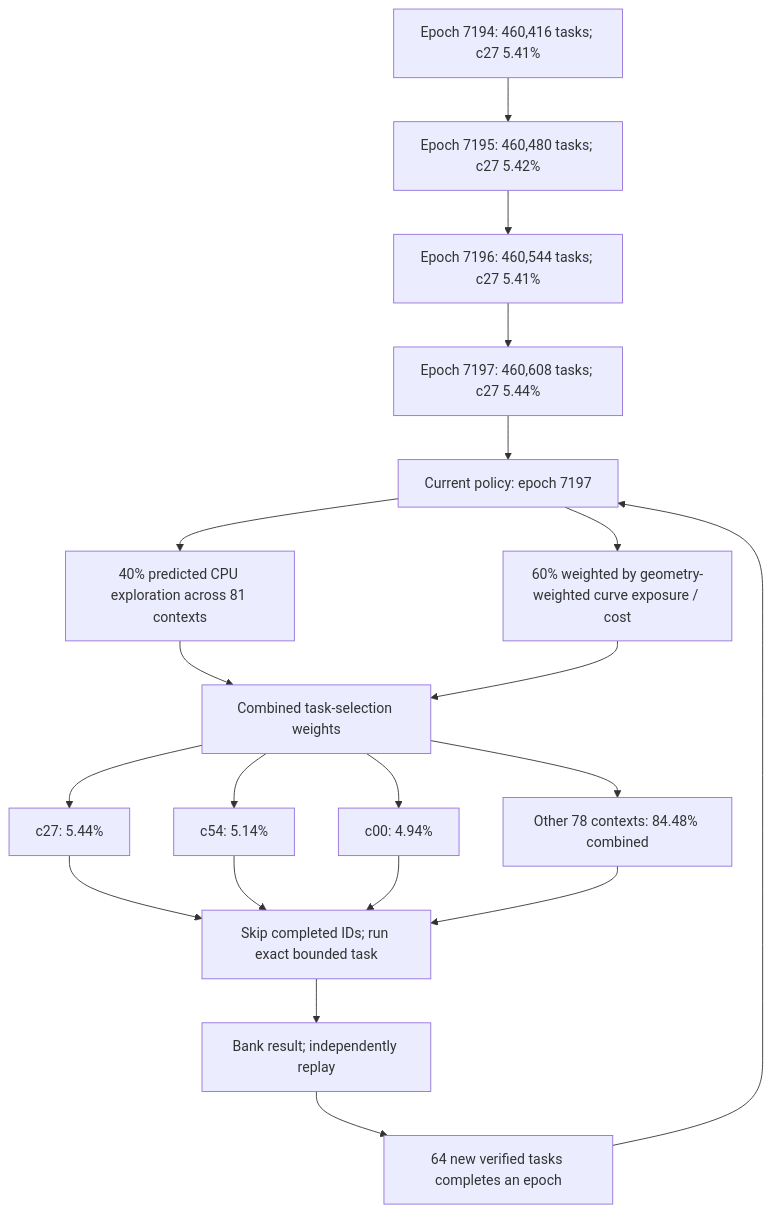
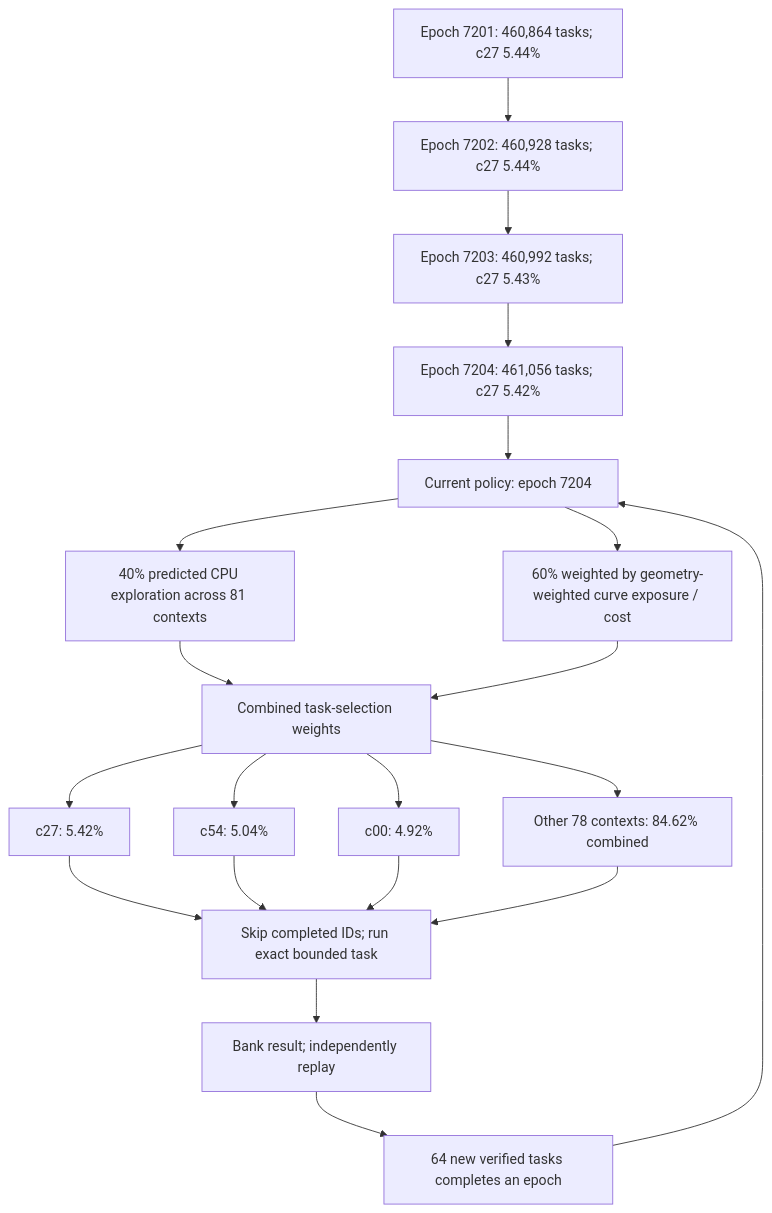
Before and after one commit to Kuberwastaken/math-gambling: the first of 4 diagrams in README.md, drawn with Mermaid. The commit also changed other lines of this file and 1460 other files, not shown here.

````diff
--- a/README.md
+++ b/README.md
@@ -60,27 +60,27 @@
 ```mermaid
 flowchart TD
-    H0["Epoch 7194: 460,416 tasks; c27 5.41%"]
-    H1["Epoch 7195: 460,480 tasks; c27 5.42%"]
+    H0["Epoch 7201: 460,864 tasks; c27 5.44%"]
+    H1["Epoch 7202: 460,928 tasks; c27 5.44%"]
     H0 --> H1
-    H2["Epoch 7196: 460,544 tasks; c27 5.41%"]
+    H2["Epoch 7203: 460,992 tasks; c27 5.43%"]
     H1 --> H2
-    H3["Epoch 7197: 460,608 tasks; c27 5.44%"]
+    H3["Epoch 7204: 461,056 tasks; c27 5.42%"]
     H2 --> H3
-    Policy["Current policy: epoch 7197"]
+    Policy["Current policy: epoch 7204"]
     H3 --> Policy
     Policy --> Explore["40% predicted CPU exploration across 81 contexts"]
     Policy --> Cost["60% weighted by geometry-weighted curve exposure / cost"]
     Explore --> Mix["Combined task-selection weights"]
     Cost --> Mix
-    Mix --> C0["c27: 5.44%"]
-    Mix --> C1["c54: 5.14%"]
-    Mix --> C2["c00: 4.94%"]
-    Mix --> Rest["Other 78 contexts: 84.48% combined"]
+    Mix --> C0["c27: 5.42%"]
+    Mix --> C1["c54: 5.04%"]
+    Mix --> C2["c00: 4.92%"]
+    Mix --> Rest["Other 78 contexts: 84.62% combined"]
     C0 --> Check["Skip completed IDs; run exact bounded task"]
     C1 --> Check
     C2 --> Check
     Rest --> Check
     Check --> Replay["Bank result; independently replay"]
     Replay --> Gate["64 new verified tasks completes an epoch"]
     Gate --> Policy
 ```
````
